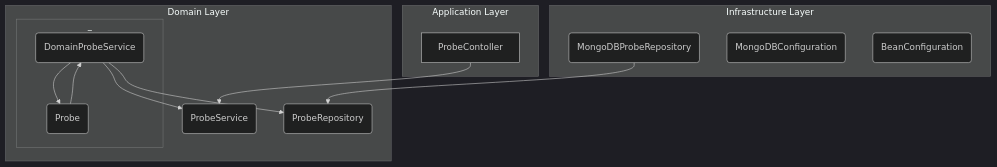
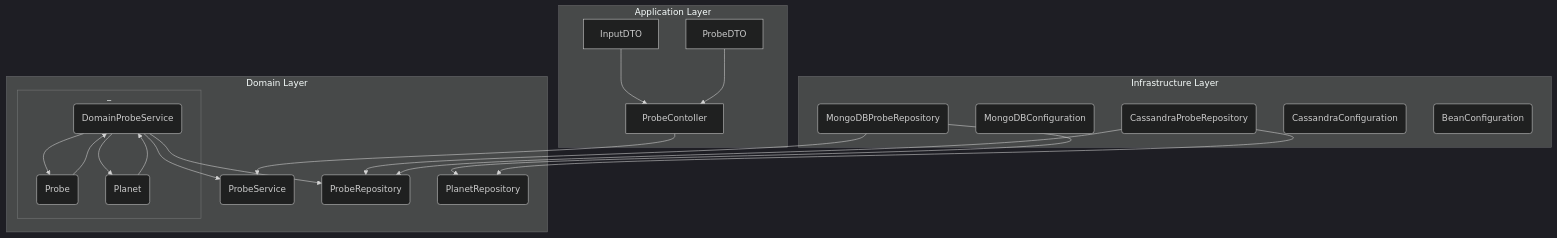
The diagram in README.md (andre-svager/teste-sonda-main), drawn with Mermaid before and after one commit. The commit also changed other lines of this file and 34 other files, not shown here.

````diff
--- a/README.md
+++ b/README.md
@@ -71,29 +70,42 @@
 ```mermaid
 
 %%{init: {'theme': 'dark' } }%%
 
 graph TD
     subgraph Application Layer
     A[ProbeContoller]
+    IDTO[InputDTO]
+    PDTO[ProbeDTO]
     end
     subgraph Domain Layer
     PS(ProbeService)
     subgraph _
         DPS(DomainProbeService)
         P(Probe)
+        PLN(Planet)
     end
     PR(ProbeRepository)
+    PL(PlanetRepository)
     end
     subgraph Infrastructure Layer
     MDB(MongoDBProbeRepository)
     MDC(MongoDBConfiguration)
+    CB(CassandraProbeRepository)
+    CC(CassandraConfiguration)
     BC(BeanConfiguration)
     end
     
     DPS --> PS
     A --> PS
     DPS --> P
     P --> DPS
+    DPS --> PLN
+    PLN --> DPS
     DPS --> PR
     MDB --> PR
+    CB --> PR
+    MDB --> PL
+    CB --> PL
+    IDTO --> A
+    PDTO --> A
 ```
````
